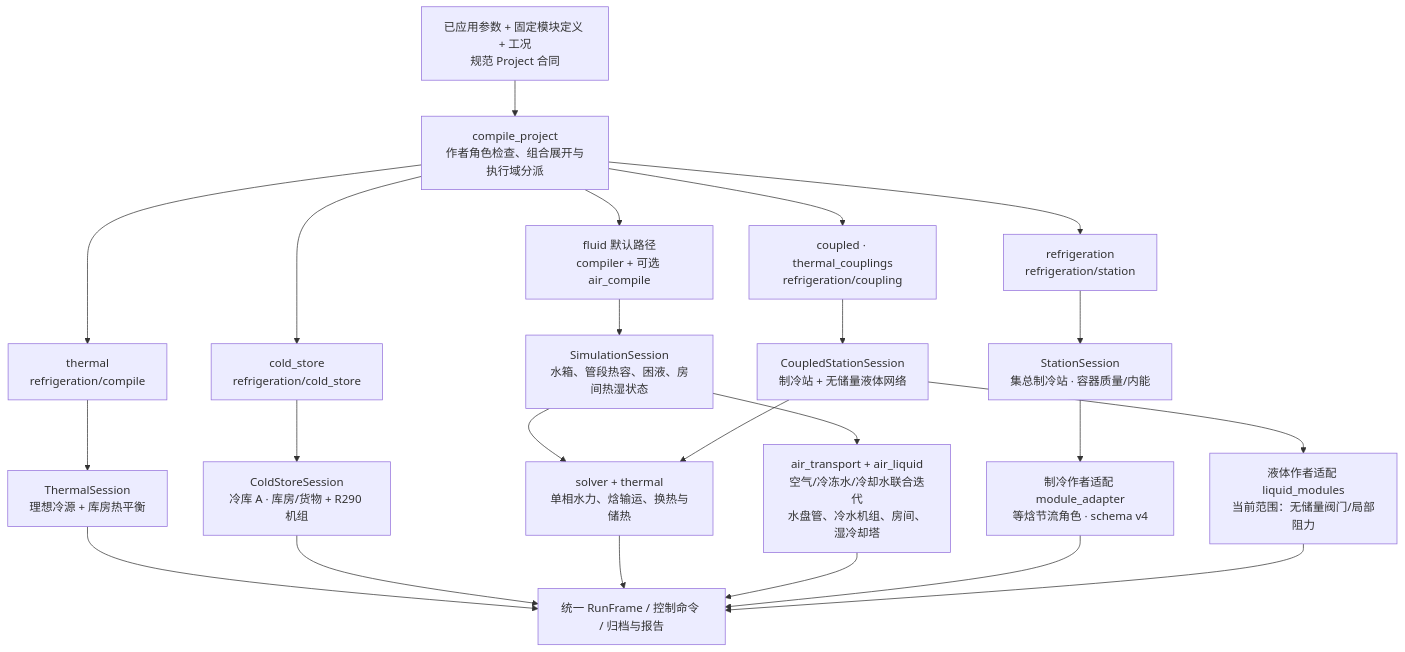
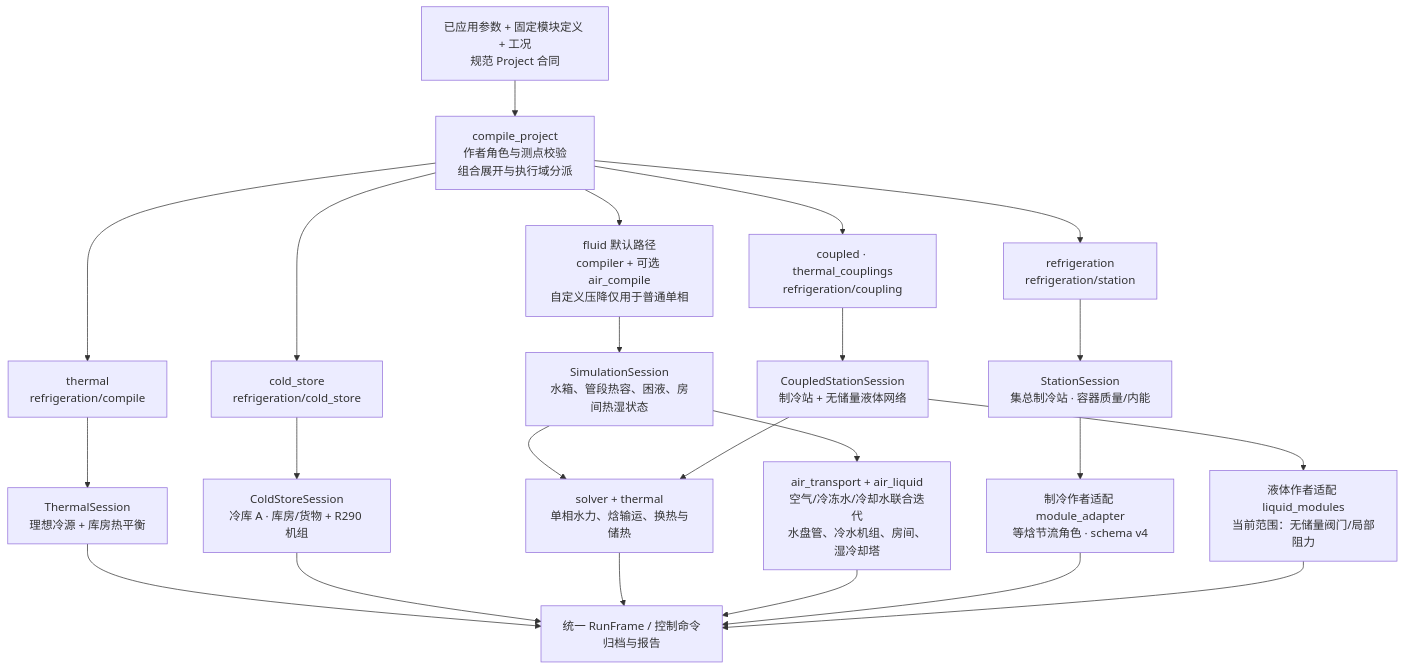
The third of 10 diagrams in fluidnet-prototype-engine/docs/ARCHITECTURE_AND_SEQUENCE.md (kongbaifan/fluidnet), drawn with Mermaid before and after one commit. The commit also changed other lines of this file and 30 other files, not shown here.

Commit message:
文档：更新架构图并登记架构整理实施计划

````diff
--- a/fluidnet-prototype-engine/docs/ARCHITECTURE_AND_SEQUENCE.md
+++ b/fluidnet-prototype-engine/docs/ARCHITECTURE_AND_SEQUENCE.md
@@ -75,25 +120,25 @@
 ```mermaid
 flowchart TB
-  P["已应用参数 + 固定模块定义 + 工况<br/>规范 Project 合同"] --> C["compile_project<br/>作者角色检查、组合展开与执行域分派"]
-  C --> F["fluid 默认路径<br/>compiler + 可选 air_compile"]
+  P["已应用参数 + 固定模块定义 + 工况<br/>规范 Project 合同"] --> C["compile_project<br/>作者角色与测点校验<br/>组合展开与执行域分派"]
+  C --> F["fluid 默认路径<br/>compiler + 可选 air_compile<br/>自定义压降仅用于普通单相"]
   C --> T["thermal<br/>refrigeration/compile"]
   C --> A["cold_store<br/>refrigeration/cold_store"]
   C --> R["refrigeration<br/>refrigeration/station"]
   C --> K["coupled · thermal_couplings<br/>refrigeration/coupling"]
   F --> FS["SimulationSession<br/>水箱、管段热容、困液、房间热湿状态"]
   T --> TS["ThermalSession<br/>理想冷源 + 库房热平衡"]
   A --> AS["ColdStoreSession<br/>冷库 A · 库房/货物 + R290 机组"]
   R --> RS["StationSession<br/>集总制冷站 · 容器质量/内能"]
   K --> KS["CoupledStationSession<br/>制冷站 + 无储量液体网络"]
   FS --> H["solver + thermal<br/>单相水力、焓输运、换热与储热"]
   FS --> AIR["air_transport + air_liquid<br/>空气/冷冻水/冷却水联合迭代<br/>水盘管、冷水机组、房间、湿冷却塔"]
   RS --> RM["制冷作者适配 module_adapter<br/>等焓节流角色 · schema v4"]
   KS --> LM["液体作者适配 liquid_modules<br/>当前范围：无储量阀门/局部阻力"]
   KS --> H
-  TS --> OUT["统一 RunFrame / 控制命令 / 归档与报告"]
+  TS --> OUT["统一 RunFrame / 控制命令<br/>归档与报告"]
   AS --> OUT
   H --> OUT
   AIR --> OUT
   RM --> OUT
   LM --> OUT
 ```
````
